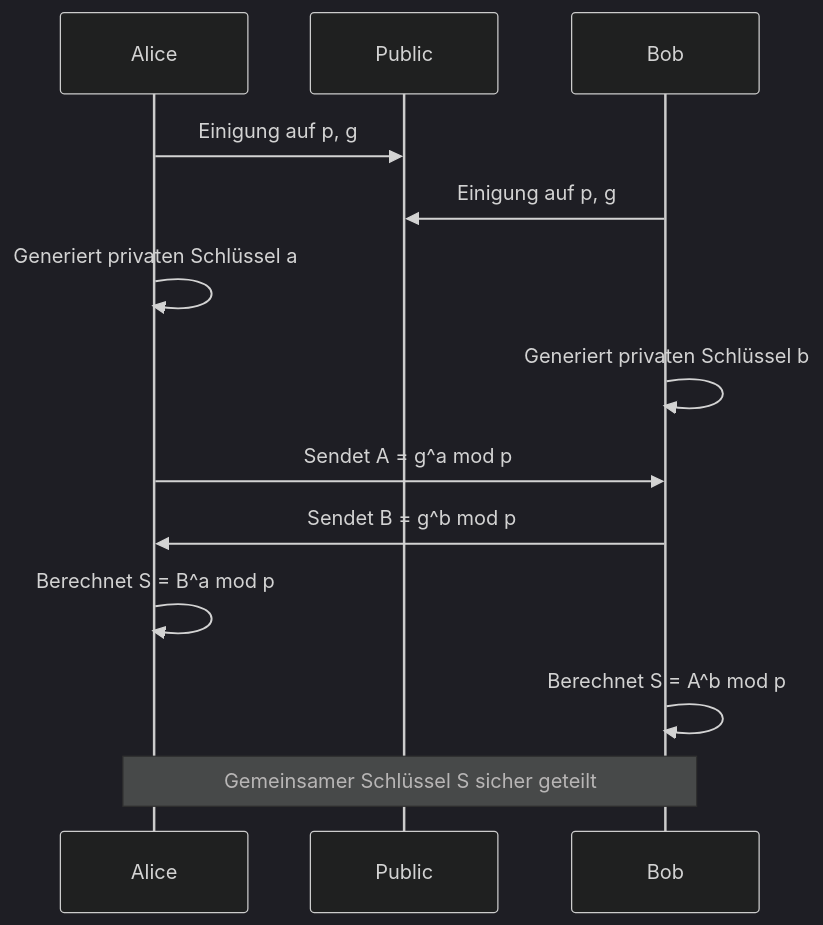
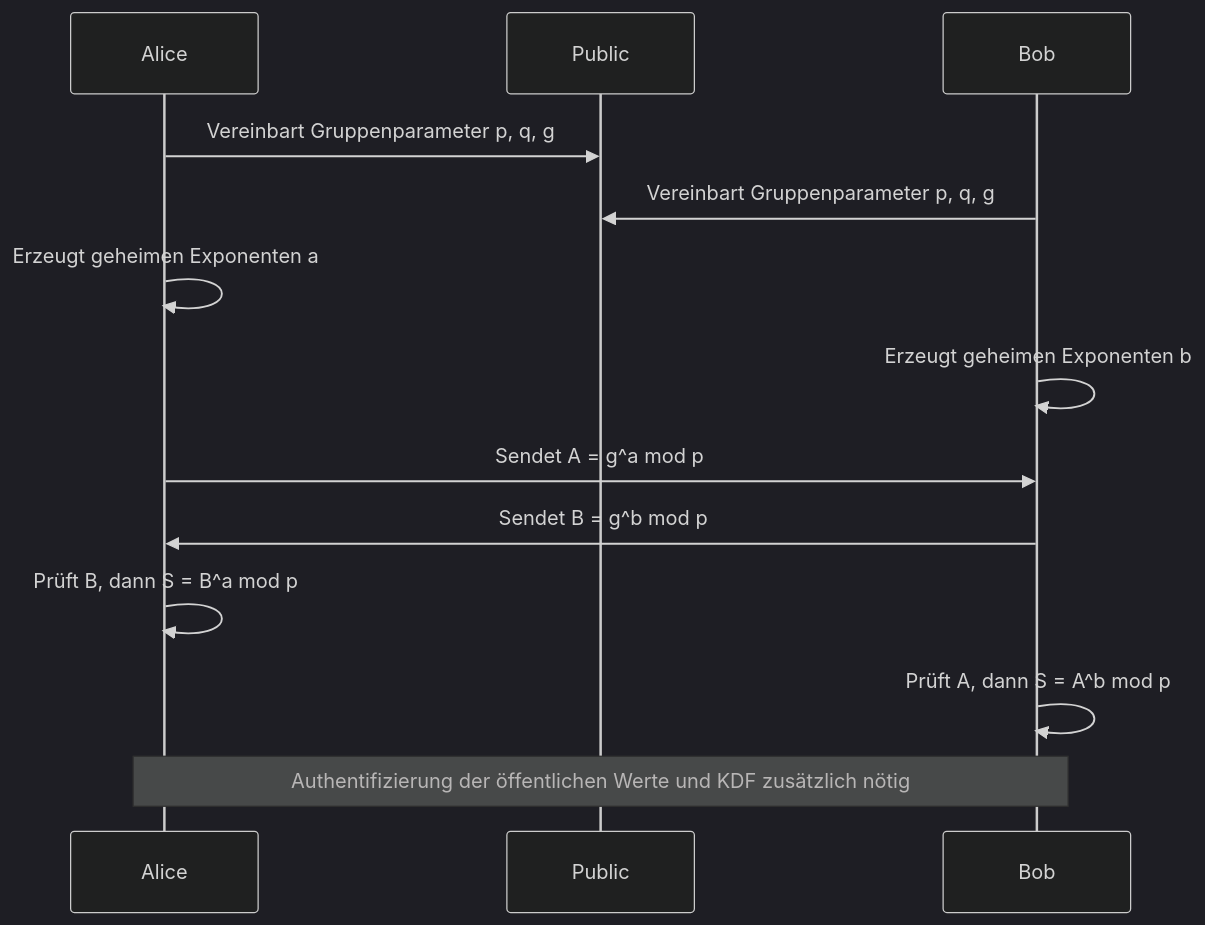
Before and after one commit to kenjinote/blog: the first of 2 diagrams in content/post/public-key-cryptography-rsa-ecc/index.de.md, drawn with Mermaid (dark theme). The commit also changed other lines of this file and 5 other files, not shown here.

````diff
--- a/content/post/public-key-cryptography-rsa-ecc/index.de.md
+++ b/content/post/public-key-cryptography-rsa-ecc/index.de.md
@@ -38,15 +50,15 @@
 ```mermaid
 sequenceDiagram
     participant Alice
     participant Public
     participant Bob
-    Alice->>Public: Einigung auf p, g
-    Bob->>Public: Einigung auf p, g
-    Alice->>Alice: Generiert privaten Schlüssel a
-    Bob->>Bob: Generiert privaten Schlüssel b
+    Alice->>Public: Vereinbart Gruppenparameter p, q, g
+    Bob->>Public: Vereinbart Gruppenparameter p, q, g
+    Alice->>Alice: Erzeugt geheimen Exponenten a
+    Bob->>Bob: Erzeugt geheimen Exponenten b
     Alice->>Bob: Sendet A = g^a mod p
     Bob->>Alice: Sendet B = g^b mod p
-    Alice->>Alice: Berechnet S = B^a mod p
-    Bob->>Bob: Berechnet S = A^b mod p
-    Note over Alice,Bob: Gemeinsamer Schlüssel S sicher geteilt
+    Alice->>Alice: Prüft B, dann S = B^a mod p
+    Bob->>Bob: Prüft A, dann S = A^b mod p
+    Note over Alice,Bob: Authentifizierung der öffentlichen Werte und KDF zusätzlich nötig
 ```
````
